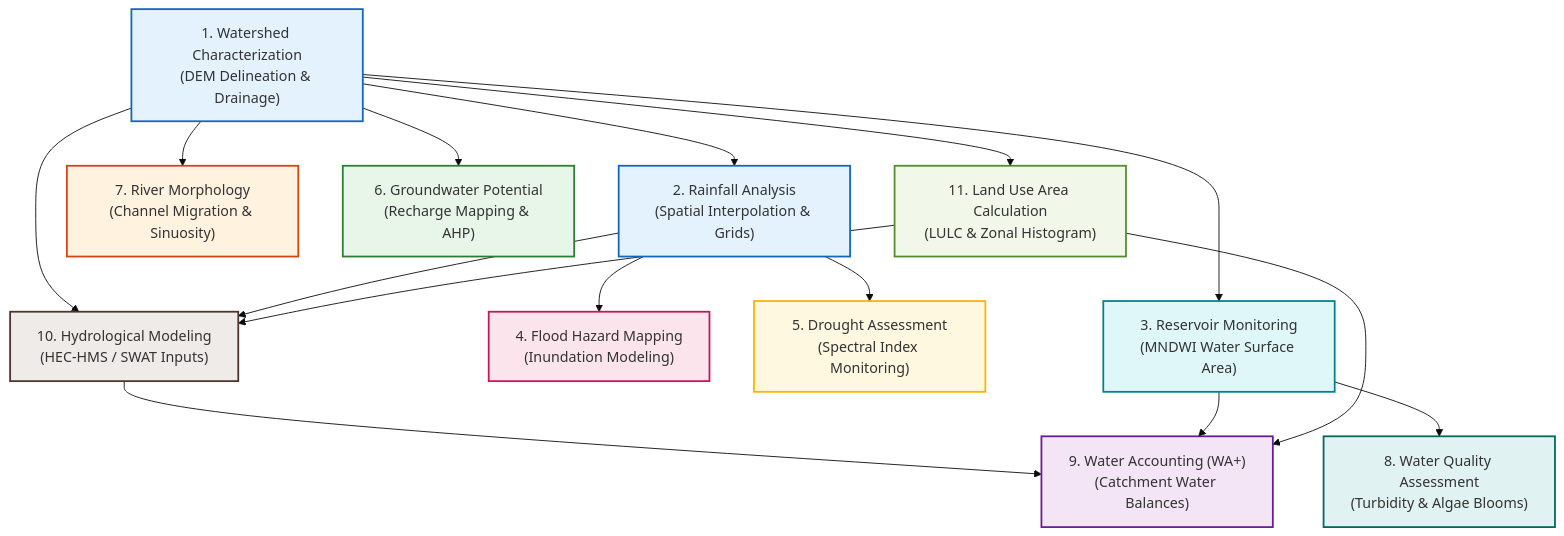
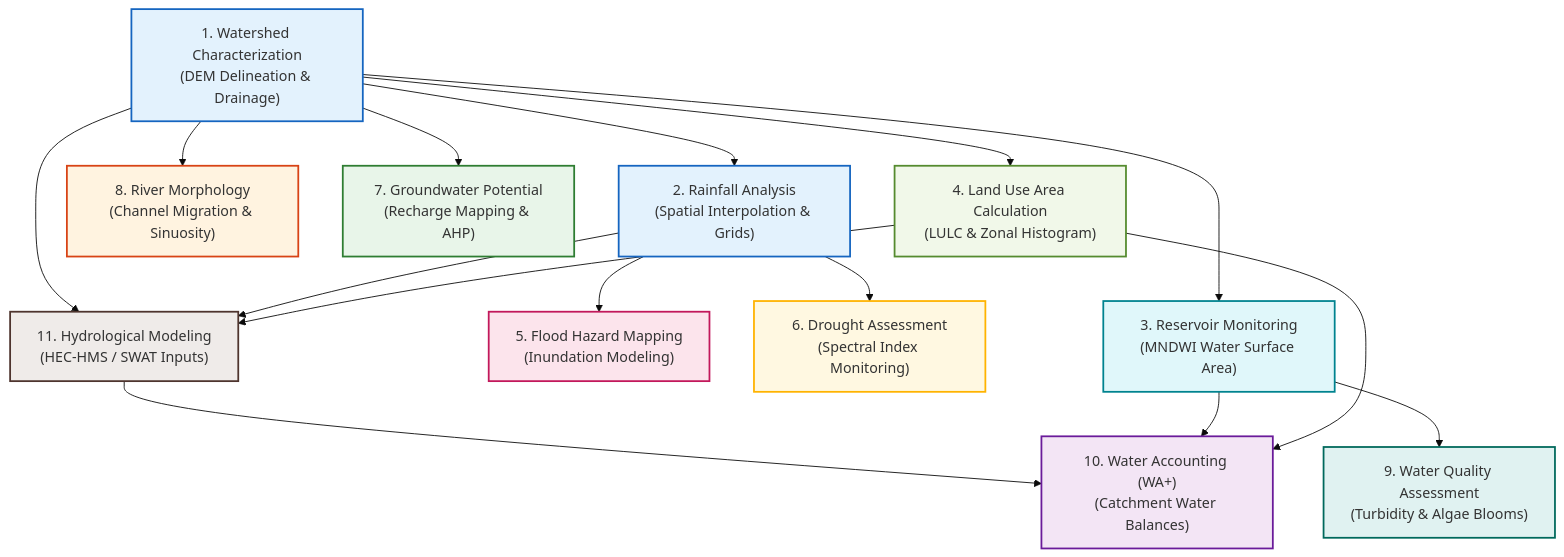
One commit to Rotten-Grapes-Pvt-Ltd/QGIS-WECS changed the diagram in docs/hydrology_apps/index.md. Above: the diagram before and after it, drawn with Mermaid (base theme). The commit also changed other lines of this file and 1 other file, not shown here.

Commit message:
docs: move landuse_percentage to 4th in the hydrology applications list

````diff
--- a/docs/hydrology_apps/index.md
+++ b/docs/hydrology_apps/index.md
@@ -13,35 +13,35 @@
 ```mermaid
 flowchart TD
     A["1. Watershed Characterization<br/>(DEM Delineation & Drainage)"] --> B["2. Rainfall Analysis<br/>(Spatial Interpolation & Grids)"]
-    A --> C["7. River Morphology<br/>(Channel Migration & Sinuosity)"]
-    A --> J["10. Hydrological Modeling<br/>(HEC-HMS / SWAT Inputs)"]
+    A --> C["8. River Morphology<br/>(Channel Migration & Sinuosity)"]
+    A --> J["11. Hydrological Modeling<br/>(HEC-HMS / SWAT Inputs)"]
     
     B --> J
-    B --> D["4. Flood Hazard Mapping<br/>(Inundation Modeling)"]
-    B --> E["5. Drought Assessment<br/>(Spectral Index Monitoring)"]
+    B --> D["5. Flood Hazard Mapping<br/>(Inundation Modeling)"]
+    B --> E["6. Drought Assessment<br/>(Spectral Index Monitoring)"]
     
-    A --> F["6. Groundwater Potential<br/>(Recharge Mapping & AHP)"]
+    A --> F["7. Groundwater Potential<br/>(Recharge Mapping & AHP)"]
     
     A --> G["3. Reservoir Monitoring<br/>(MNDWI Water Surface Area)"]
-    G --> H["8. Water Quality Assessment<br/>(Turbidity & Algae Blooms)"]
+    G --> H["9. Water Quality Assessment<br/>(Turbidity & Algae Blooms)"]
     
-    J --> I["9. Water Accounting (WA+)<br/>(Catchment Water Balances)"]
+    J --> I["10. Water Accounting (WA+)<br/>(Catchment Water Balances)"]
     G --> I
     
-    A --> K["11. Land Use Area Calculation<br/>(LULC & Zonal Histogram)"]
+    A --> K["4. Land Use Area Calculation<br/>(LULC & Zonal Histogram)"]
     K --> J
     K --> I
 
     %% Styling
     style A fill:#e3f2fd,stroke:#1565c0,stroke-width:2px
     style B fill:#e3f2fd,stroke:#1565c0,stroke-width:2px
     style C fill:#fff3e0,stroke:#d84315,stroke-width:2px
     style D fill:#fce4ec,stroke:#c2185b,stroke-width:2px
     style E fill:#fff8e1,stroke:#ffb300,stroke-width:2px
     style F fill:#e8f5e9,stroke:#2e7d32,stroke-width:2px
     style G fill:#e0f7fa,stroke:#00838f,stroke-width:2px
     style H fill:#e0f2f1,stroke:#00695c,stroke-width:2px
     style I fill:#f3e5f5,stroke:#6a1b9a,stroke-width:2px
     style J fill:#efebe9,stroke:#4e342e,stroke-width:2px
     style K fill:#f1f8e9,stroke:#558b2f,stroke-width:2px
 ```
````
